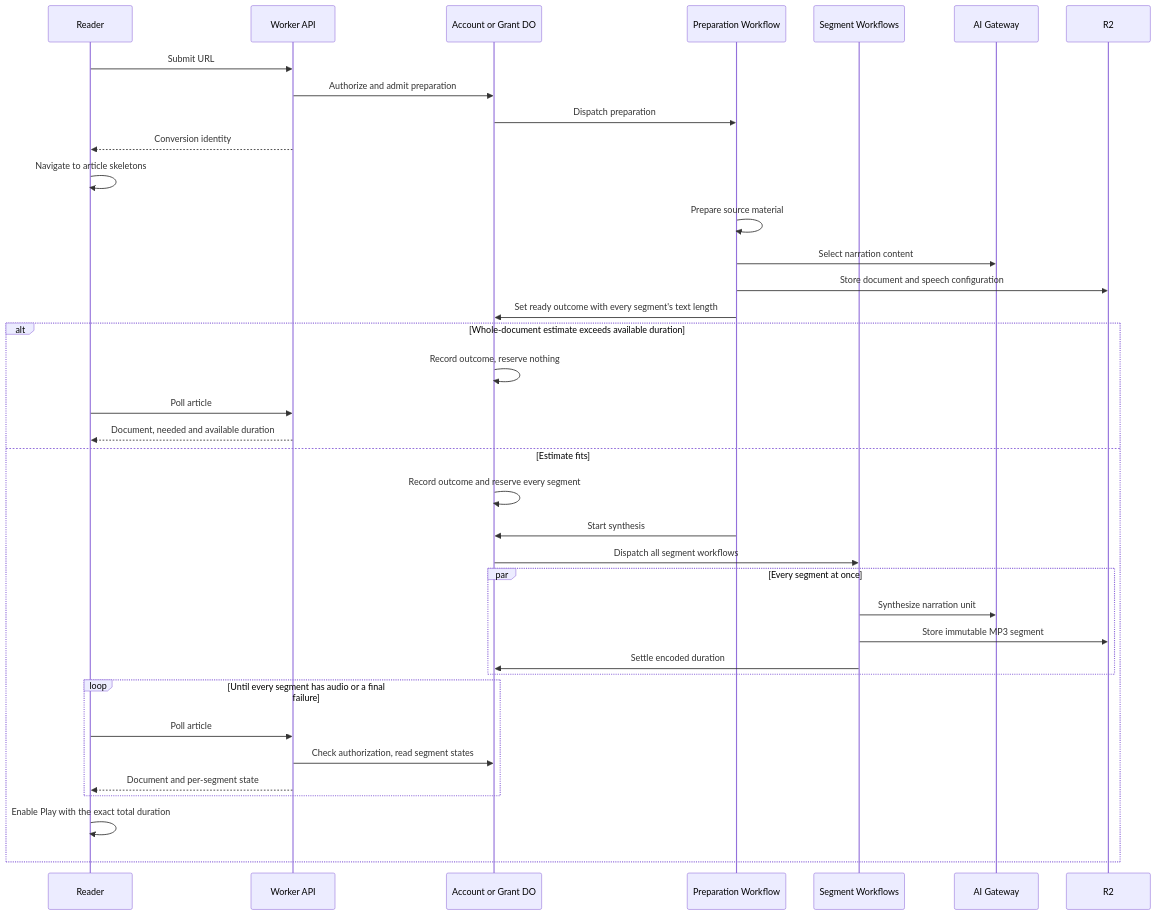
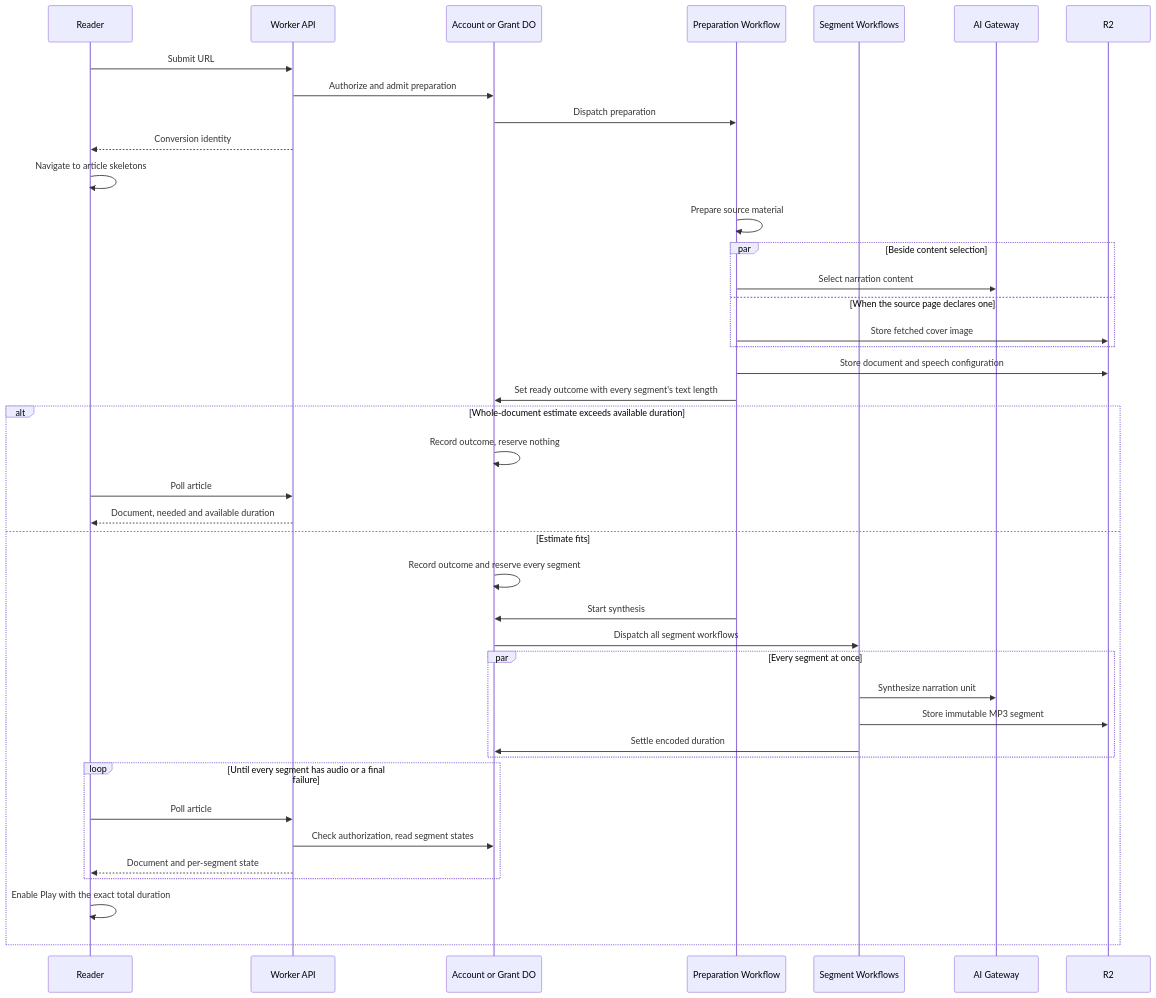
Before and after one commit to patricktree/cup: the diagram in docs/architecture/conversion.md, drawn with Mermaid. The commit also changed other lines of this file and 41 other files, not shown here.

First line of the commit message:
feat(conversion)!: keep the cover image a source page declares (#5)

````diff
--- a/docs/architecture/conversion.md
+++ b/docs/architecture/conversion.md
@@ -9,39 +9,43 @@
 ```mermaid
 sequenceDiagram
     participant Client as Reader
     participant API as Worker API
     participant Owner as Account or Grant DO
     participant Preparation as Preparation Workflow
     participant Segment as Segment Workflows
     participant AI as AI Gateway
     participant R2
     Client->>API: Submit URL
     API->>Owner: Authorize and admit preparation
     Owner->>Preparation: Dispatch preparation
     API-->>Client: Conversion identity
     Client->>Client: Navigate to article skeletons
     Preparation->>Preparation: Prepare source material
-    Preparation->>AI: Select narration content
+    par Beside content selection
+        Preparation->>AI: Select narration content
+    and When the source page declares one
+        Preparation->>R2: Store fetched cover image
+    end
     Preparation->>R2: Store document and speech configuration
     Preparation->>Owner: Set ready outcome with every segment's text length
     alt Whole-document estimate exceeds available duration
         Owner->>Owner: Record outcome, reserve nothing
         Client->>API: Poll article
         API-->>Client: Document, needed and available duration
     else Estimate fits
         Owner->>Owner: Record outcome and reserve every segment
         Preparation->>Owner: Start synthesis
         Owner->>Segment: Dispatch all segment workflows
         par Every segment at once
             Segment->>AI: Synthesize narration unit
             Segment->>R2: Store immutable MP3 segment
             Segment->>Owner: Settle encoded duration
         end
         loop Until every segment has audio or a final failure
             Client->>API: Poll article
             API->>Owner: Check authorization, read segment states
             API-->>Client: Document and per-segment state
         end
         Client->>Client: Enable Play with the exact total duration
     end
 ```
````
